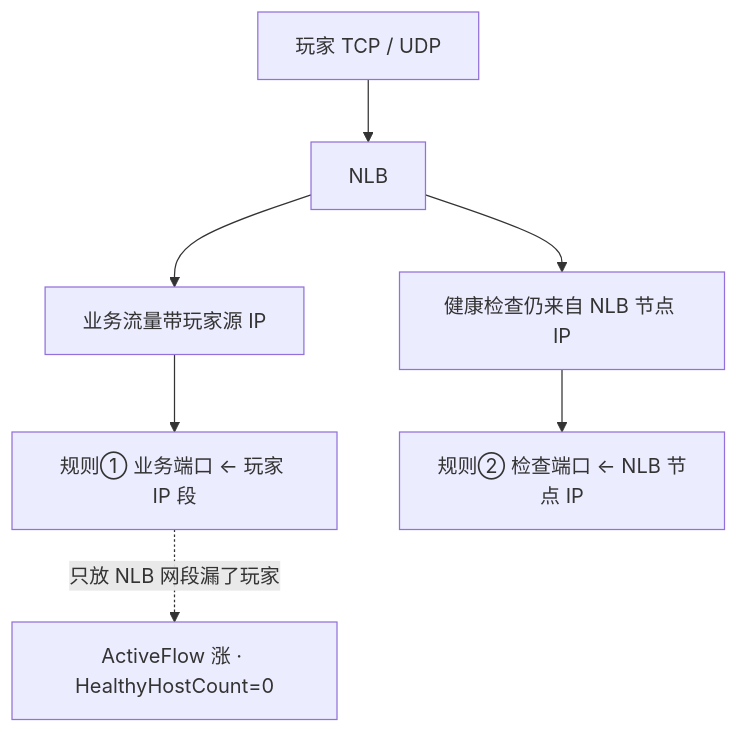
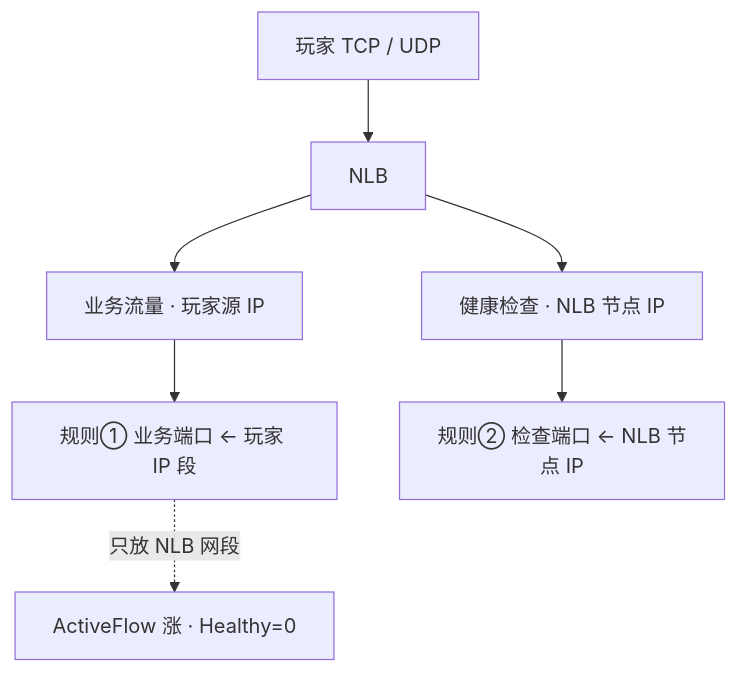
One commit to ml-cuizijun/LearnToLilith changed the third of 7 diagrams in 06-云平台/07-AWS生产/知识点.md. Above: the diagram before and after it, drawn with Mermaid. The commit also changed other lines of this file and 178 other files, not shown here.

````diff
--- a/06-云平台/07-AWS生产/知识点.md
+++ b/06-云平台/07-AWS生产/知识点.md
@@ -208,9 +194,9 @@
 ```mermaid
 flowchart TB
     p["玩家 TCP / UDP"] --> nlb["NLB"]
-    nlb --> biz["业务流量带玩家源 IP"]
-    nlb --> hc["健康检查仍来自 NLB 节点 IP"]
+    nlb --> biz["业务流量 · 玩家源 IP"]
+    nlb --> hc["健康检查 · NLB 节点 IP"]
     biz --> sg1["规则① 业务端口 ← 玩家 IP 段"]
     hc --> sg2["规则② 检查端口 ← NLB 节点 IP"]
-    sg1 -.->|"只放 NLB 网段漏了玩家"| miss["ActiveFlow 涨 · HealthyHostCount=0"]
+    sg1 -.->|"只放 NLB 网段"| miss["ActiveFlow 涨 · Healthy=0"]
 ```
````
